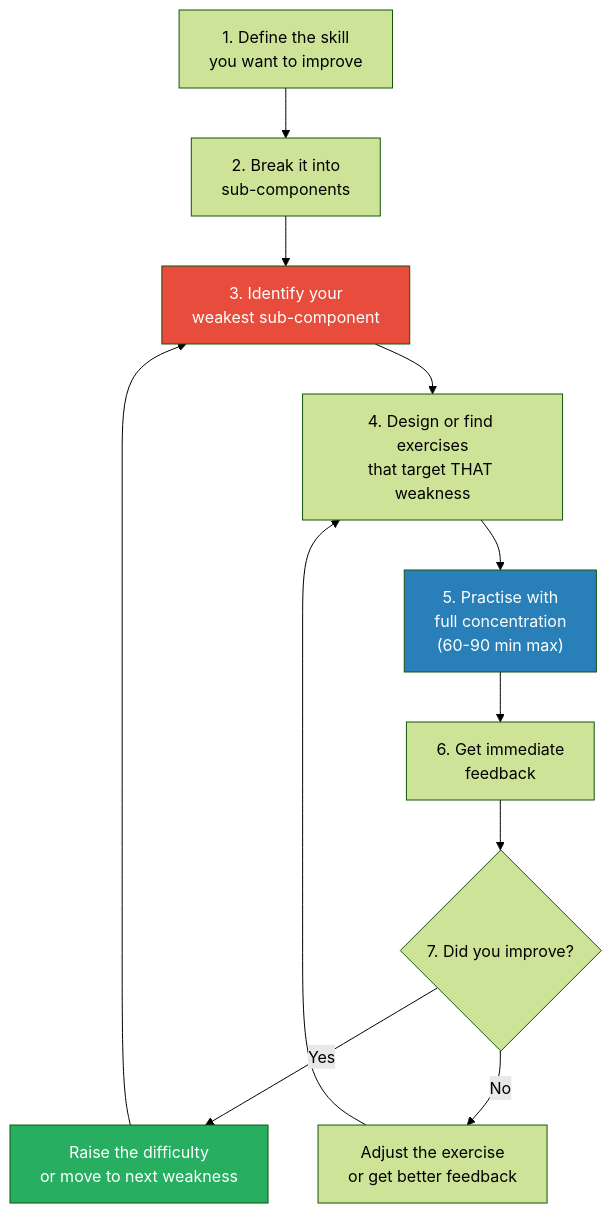
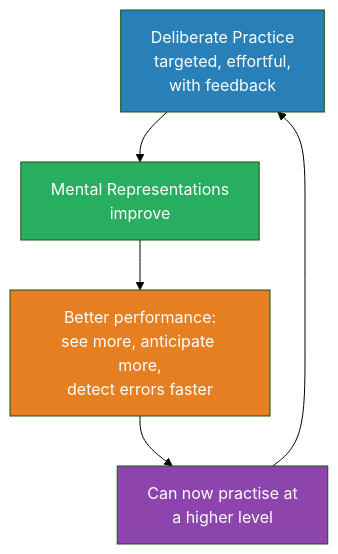
The second of 6 diagrams in summaries/Mindset & Self-Mastery/Peak - Anders Ericsson.md (alius33/reader), drawn with Mermaid (forest theme) before and after one commit. The commit also changed other lines of this file and 272 other files, not shown here.

````diff
--- a/summaries/Mindset & Self-Mastery/Peak - Anders Ericsson.md
+++ b/summaries/Mindset & Self-Mastery/Peak - Anders Ericsson.md
@@ -393,16 +260,11 @@
 ```mermaid
 flowchart TD
-    A["1. Define the skill\nyou want to improve"] --> B["2. Break it into\nsub-components"]
-    B --> C["3. Identify your\nweakest sub-component"]
-    C --> D["4. Design or find exercises\nthat target THAT weakness"]
-    D --> E["5. Practise with\nfull concentration\n(60-90 min max)"]
-    E --> F["6. Get immediate\nfeedback"]
-    F --> G{"7. Did you improve?"}
-    G -->|Yes| H["Raise the difficulty\nor move to next weakness"]
-    G -->|No| I["Adjust the exercise\nor get better feedback"]
-    H --> C
-    I --> D
-    style C fill:#e74c3c,color:#fff
-    style E fill:#2980b9,color:#fff
-    style H fill:#27ae60,color:#fff
+    A["Deliberate Practice<br>targeted, effortful,<br>with feedback"] --> B["Mental Representations<br>improve"]
+    B --> C["Better performance:<br>see more, anticipate more,<br>detect errors faster"]
+    C --> D["Can now practise at<br>a higher level"]
+    D --> A
+    style A fill:#2980b9,color:#fff
+    style B fill:#27ae60,color:#fff
+    style C fill:#e67e22,color:#fff
+    style D fill:#8e44ad,color:#fff
 ```
````
